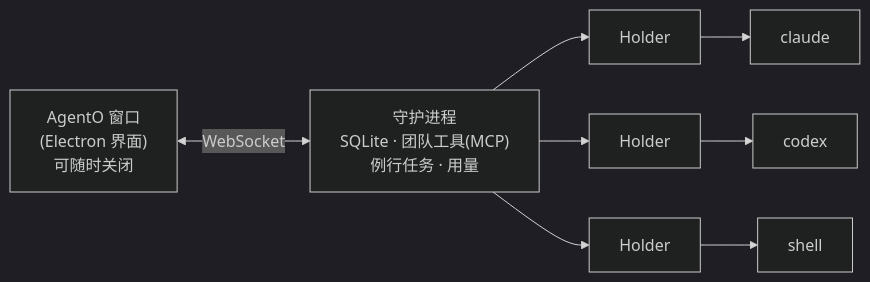
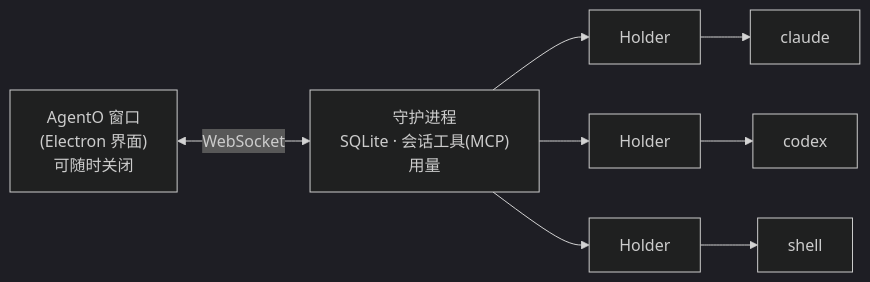
One commit to dongliquan/AgentO changed the first of 2 diagrams in README.zh.md. Above: the diagram before and after it, drawn with Mermaid (dark theme). The commit also changed other lines of this file and 85 other files, not shown here.

````diff
--- a/README.zh.md
+++ b/README.zh.md
@@ -49,7 +49,7 @@
 ```mermaid
 flowchart LR
-  UI["AgentO 窗口<br/>(Electron 界面)<br/>可随时关闭"] <-->|WebSocket| D["守护进程<br/>SQLite · 团队工具(MCP)<br/>例行任务 · 用量"]
+  UI["AgentO 窗口<br/>(Electron 界面)<br/>可随时关闭"] <-->|WebSocket| D["守护进程<br/>SQLite · 会话工具(MCP)<br/>用量"]
   D --> H1["Holder"] --> A1["claude"]
   D --> H2["Holder"] --> A2["codex"]
   D --> H3["Holder"] --> A3["shell"]
 ```
````
